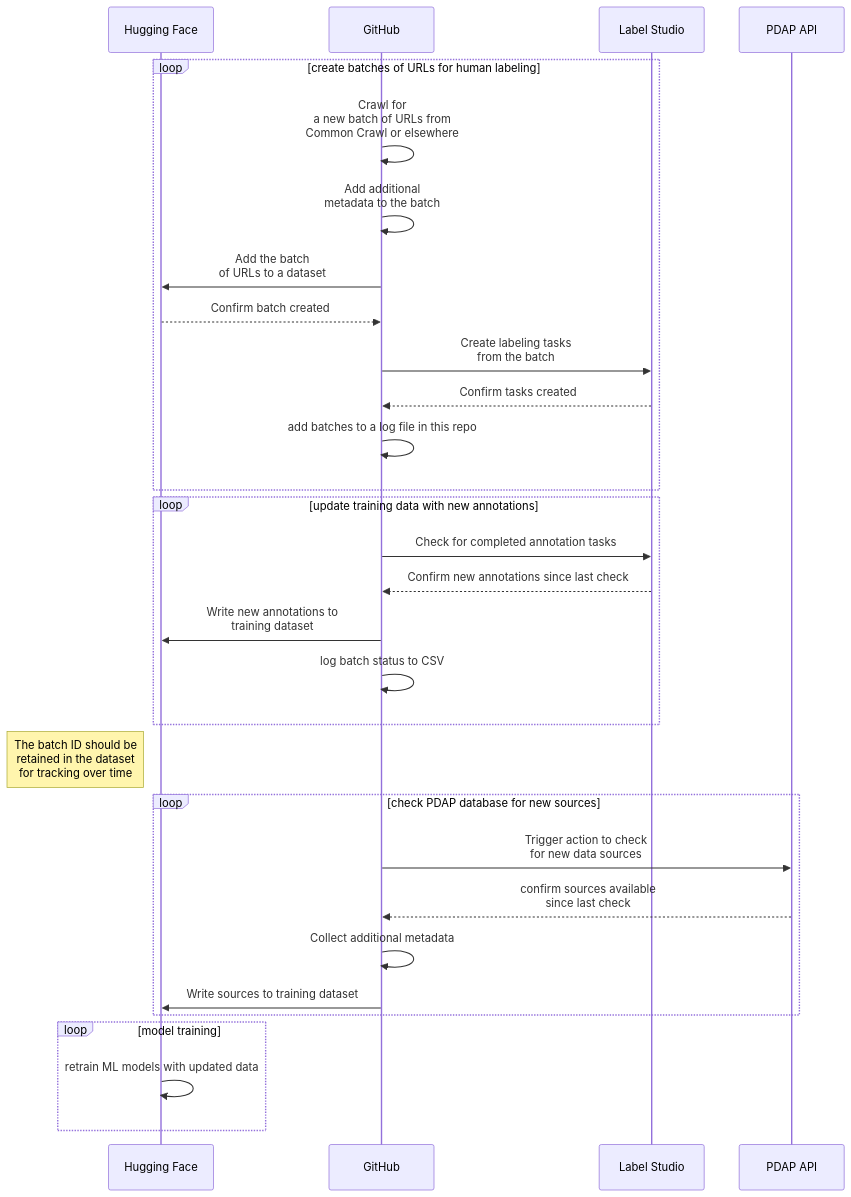
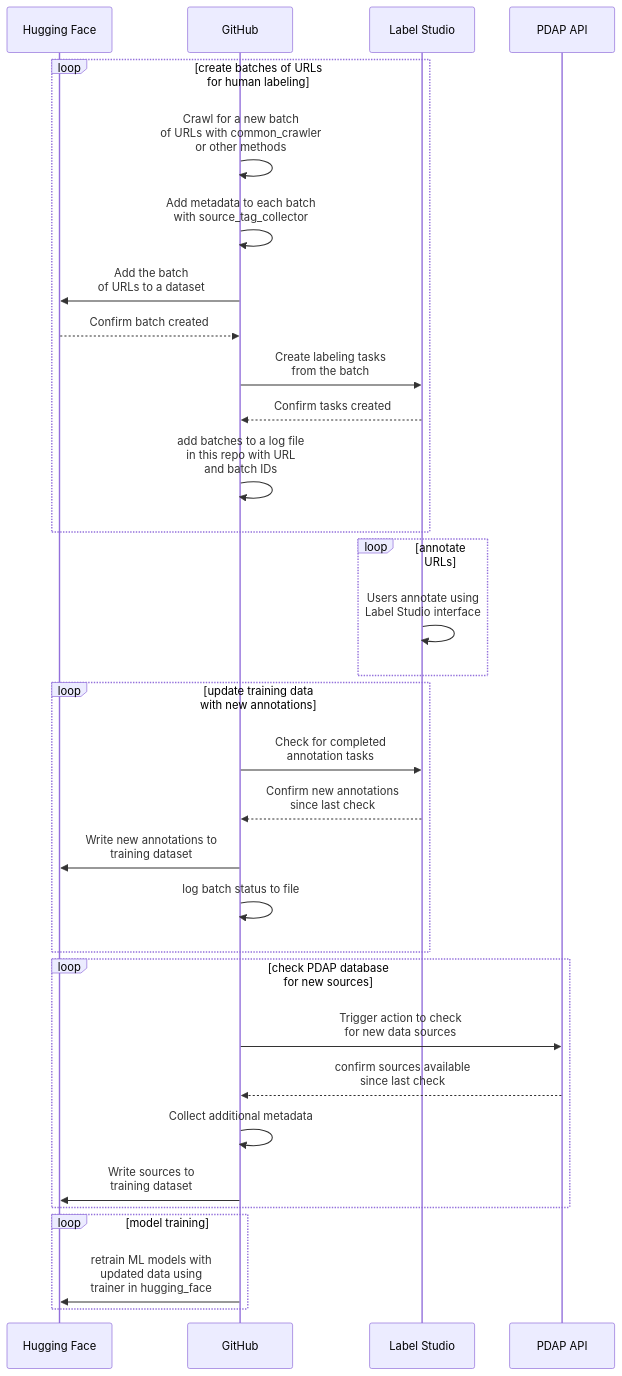
One commit to Police-Data-Accessibility-Project/data-source-identification changed the first of 2 diagrams in README.md. Above: the diagram before and after it, drawn with Mermaid. The commit also changed other lines of this file, not shown here.

Commit message:
update other diagram

````diff
--- a/README.md
+++ b/README.md
@@ -114,41 +38,43 @@
 ```mermaid
 %% Here's a guide to mermaid syntax: https://mermaid.js.org/syntax/flowchart.html
 
 sequenceDiagram
 
-participant Hugging Face
-participant GitHub
-participant Label Studio
-participant PDAP API
+participant HF as Hugging Face
+participant GH as GitHub
+participant LS as Label Studio
+participant PDAP as PDAP API
 
-loop create batches of URLs for human labeling
-  GitHub ->> GitHub: Crawl for <br/> a new batch of URLs from <br/> Common Crawl or elsewhere
-  GitHub ->> GitHub: Add additional <br/> metadata to the batch
-  GitHub ->> Hugging Face: Add the batch <br/> of URLs to a dataset
-  Hugging Face -->> GitHub: Confirm batch created
-  GitHub ->> Label Studio: Create labeling tasks <br/> from the batch
-  Label Studio -->> GitHub: Confirm tasks created
-  GitHub ->> GitHub: add batches to a log file in this repo
+loop create batches of URLs <br/>for human labeling
+  GH ->> GH: Crawl for a new batch<br/> of URLs with common_crawler<br/> or other methods
+  GH ->> GH: Add metadata to each batch<br/> with source_tag_collector
+  GH ->> HF: Add the batch <br/> of URLs to a dataset
+  HF -->> GH: Confirm batch created
+  GH ->> LS: Create labeling tasks <br/> from the batch
+  LS -->> GH: Confirm tasks created
+  GH ->> GH: add batches to a log file <br/> in this repo with URL<br/> and batch IDs
 end
 
-loop update training data with new annotations
-  GitHub ->> Label Studio: Check for completed annotation tasks
-  Label Studio -->> GitHub: Confirm new annotations since last check
-  GitHub ->> Hugging Face: Write new annotations to <br/> training dataset
-  GitHub ->> GitHub: log batch status to CSV
+loop annotate URLs
+  LS ->> LS: Users annotate using<br/>Label Studio interface
 end
 
-Note left of Hugging Face: The batch ID should be <br/> retained in the dataset <br/> for tracking over time
+loop update training data <br/> with new annotations
+  GH ->> LS: Check for completed <br/> annotation tasks
+  LS -->> GH: Confirm new annotations <br/> since last check
+  GH ->> HF: Write new annotations to <br/> training dataset
+  GH ->> GH: log batch status to file
+end
 
-loop check PDAP database for new sources
-  GitHub ->> PDAP API: Trigger action to check <br/> for new data sources
-  PDAP API -->> GitHub: confirm sources available <br/> since last check
-  GitHub ->> GitHub: Collect additional metadata
-  GitHub ->> Hugging Face: Write sources to training dataset
+loop check PDAP database <br/>for new sources
+  GH ->> PDAP: Trigger action to check <br/> for new data sources
+  PDAP -->> GH: confirm sources available <br/> since last check
+  GH ->> GH: Collect additional metadata
+  GH ->> HF: Write sources to <br/> training dataset
 end
 
 loop model training
-  Hugging Face ->> Hugging Face: retrain ML models with updated data
+  GH ->> HF: retrain ML models with <br/>updated data using <br/>trainer in hugging_face
 end
 
 ```
````
